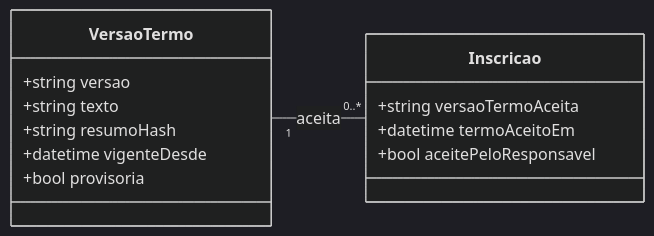
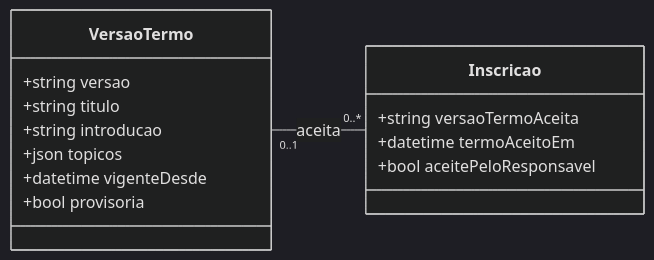
Before and after one commit to mdsreq-fga-unb/REQ-2026.2-T02-ClinicaEscolaFBr: the third of 24 diagrams in documentacao/docs/unidade-3/projeto-features-ciclo-4.md, drawn with Mermaid (dark theme). The commit also changed other lines of this file and 5 other files, not shown here.

````diff
--- a/documentacao/docs/unidade-3/projeto-features-ciclo-4.md
+++ b/documentacao/docs/unidade-3/projeto-features-ciclo-4.md
@@ -148,17 +148,18 @@
 ```mermaid
 classDiagram
     direction LR
     class VersaoTermo {
       +string versao
-      +string texto
-      +string resumoHash
+      +string titulo
+      +string introducao
+      +json topicos
       +datetime vigenteDesde
       +bool provisoria
     }
     class Inscricao {
       +string versaoTermoAceita
       +datetime termoAceitoEm
       +bool aceitePeloResponsavel
     }
-    VersaoTermo "1" -- "0..*" Inscricao : aceita
+    VersaoTermo "0..1" -- "0..*" Inscricao : aceita
 ```
````
